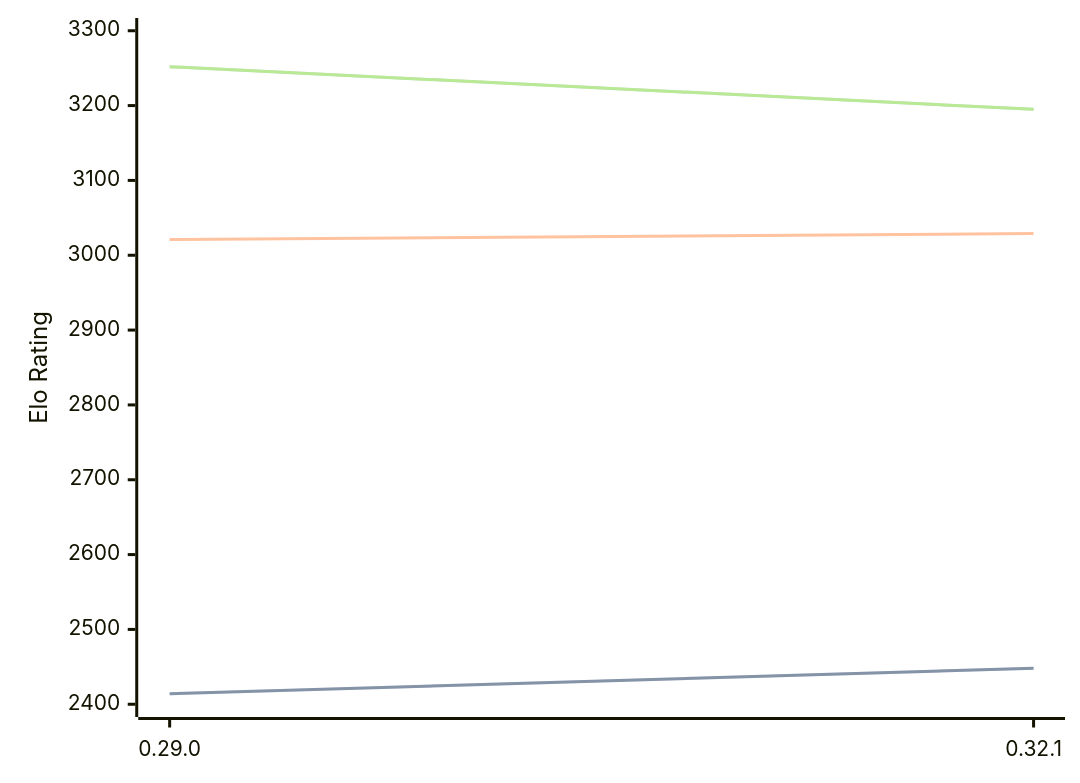
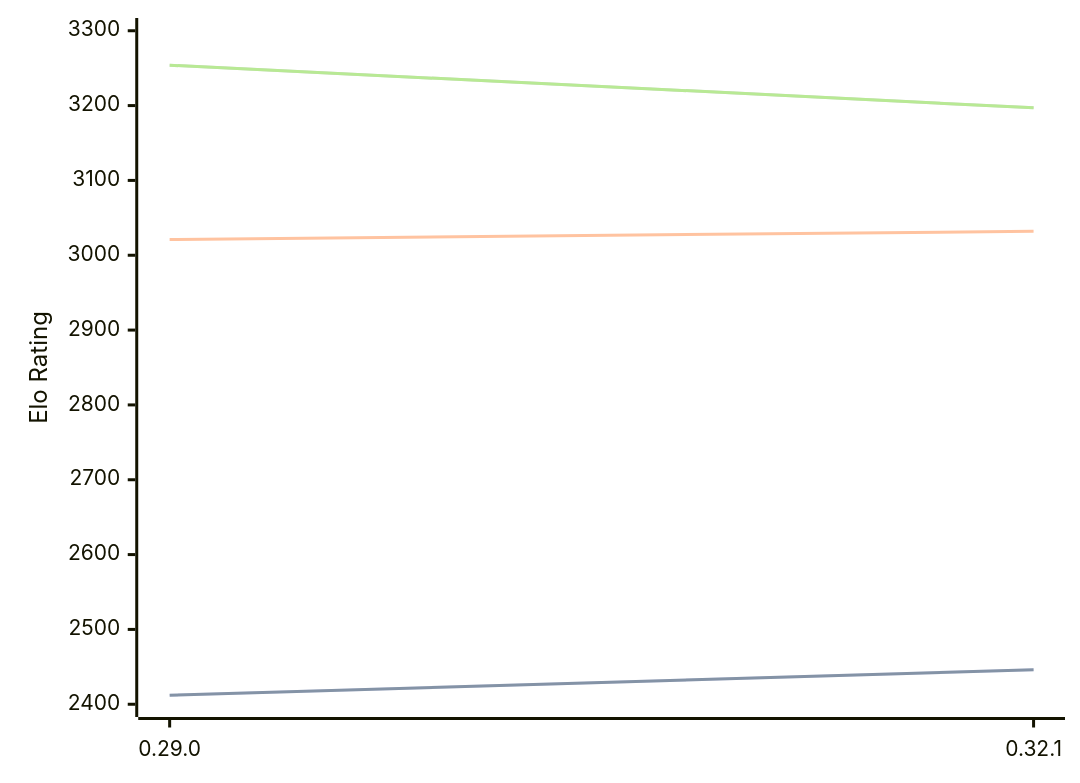
The diagram in engines/Lc0.md (computer-chess-index/cci), drawn with Mermaid before and after one commit. The commit also changed other lines of this file, not shown here.

Commit message:
Update CCI Ratings (ELO VLTC) - 2026-04-01

````diff
--- a/engines/Lc0.md
+++ b/engines/Lc0.md
@@ -68,11 +68,11 @@
 ```mermaid
 %%{init: {"theme":"base","themeVariables":{"seriesColors:['#a3a3a3','#222221','#faa371']}}}%%
 xychart-beta
   x-axis ["0.29.0", "0.32.1"]
   y-axis "Elo Rating" 2400 --> 3300
-  line "STC (8.0+0.08s)" [2414, 2448]
-  line "STC (8.0+0.08s)" [2414, 2448]
-  line "LTC (60.0+0.60s)" [3021, 3029]
-  line "VLTC (2m24s+1.12s)" [3252, 3195]
-  line "VLTC (2m24s+1.12s)" [3252, 3195]
+  line "STC (8.0+0.08s)" [2412, 2446]
+  line "STC (8.0+0.08s)" [2412, 2446]
+  line "LTC (60.0+0.60s)" [3021, 3032]
+  line "VLTC (2m24s+1.12s)" [3254, 3197]
+  line "VLTC (2m24s+1.12s)" [3254, 3197]
 ```
````
